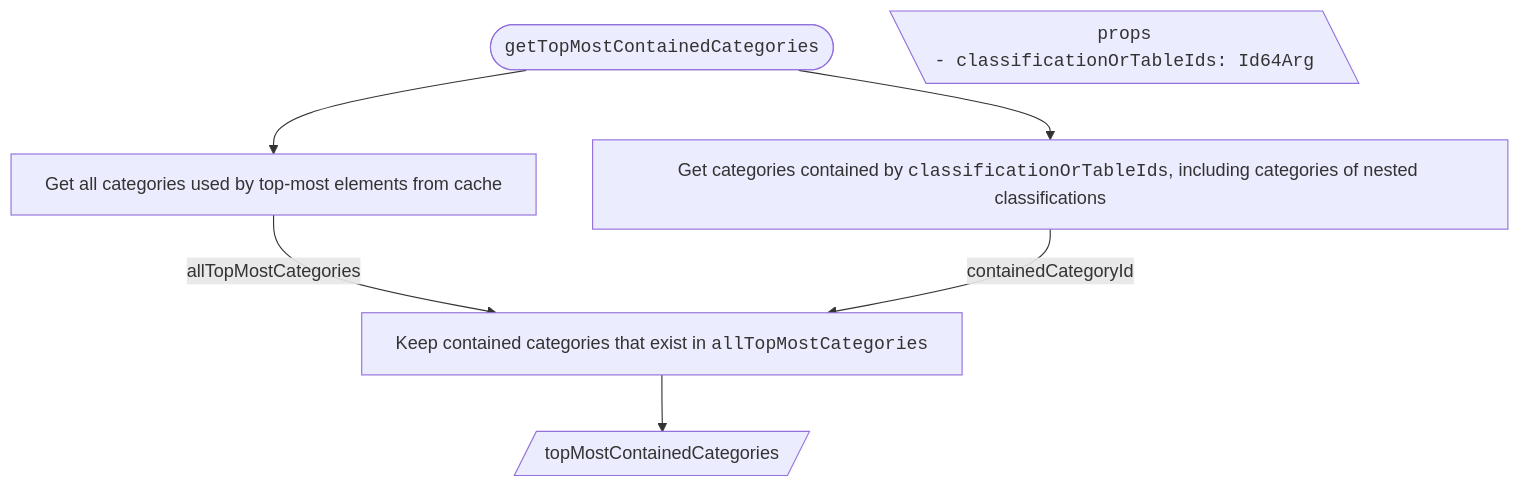
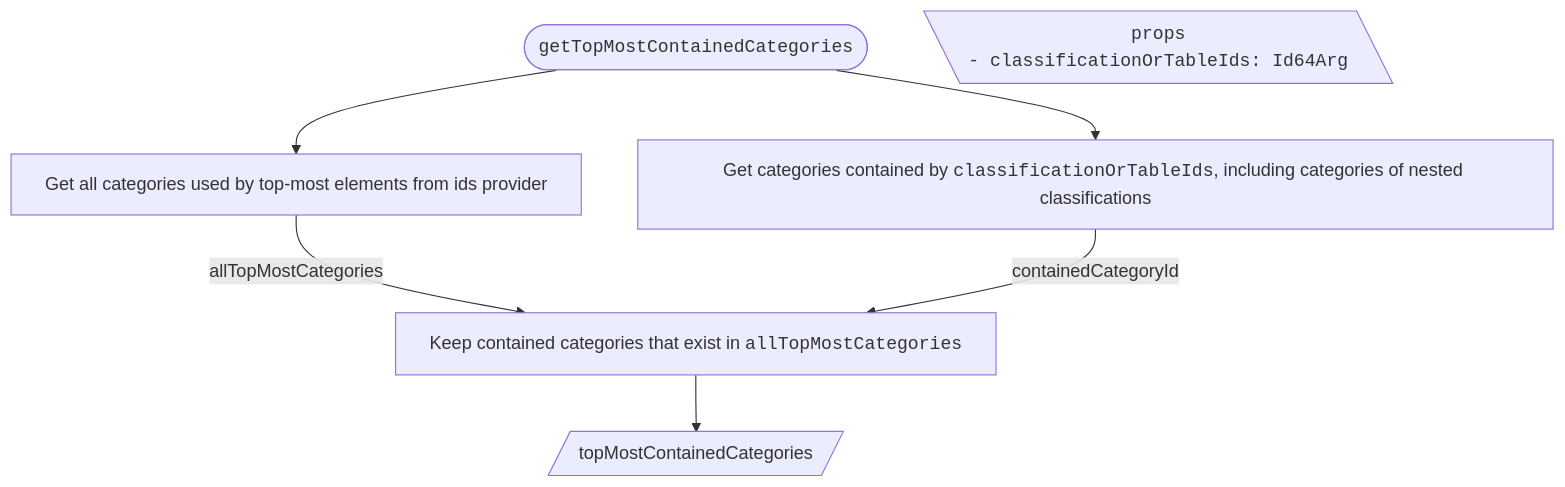
Before and after one commit to iTwin/viewer-components-react: the first of 5 diagrams in packages/tree-widget/docs/ClassificationsTreeVisibilityHandling.md, drawn with Mermaid. The commit also changed 72 other files, not shown here.

````diff
--- a/packages/tree-widget/docs/ClassificationsTreeVisibilityHandling.md
+++ b/packages/tree-widget/docs/ClassificationsTreeVisibilityHandling.md
@@ -27,24 +27,24 @@
 ```mermaid
 ---
 config:
   flowchart:
     wrappingWidth: 750
     useMaxWidth: false
 ---
 
 flowchart TD
   RESULT_Categories[/topMostContainedCategories/]
 
   %% Start
-  TITLE(["<span style='font-family: monospace;'>getTopMostContainedCategories</span>"]) --> A["Get all categories used by top-most elements from cache"]
+  TITLE(["<span style='font-family: monospace;'>getTopMostContainedCategories</span>"]) --> A["Get all categories used by top-most elements from ids provider"]
   TITLE --> B["Get categories contained by <span style='font-family: monospace;'>classificationOrTableIds</span>, including categories of nested classifications"]
 
   PROPS[\"
     <span style='font-family: monospace;'>props</span>
     <span style='display: block; text-align: left; font-family: monospace;'>- classificationOrTableIds: Id64Arg</span>
   "\]
 
   A -- allTopMostCategories --> C["Keep contained categories that exist in <span style='font-family: monospace;'>allTopMostCategories</span>"]
   B -- containedCategoryId --> C
   C --> RESULT_Categories
 ```
````
